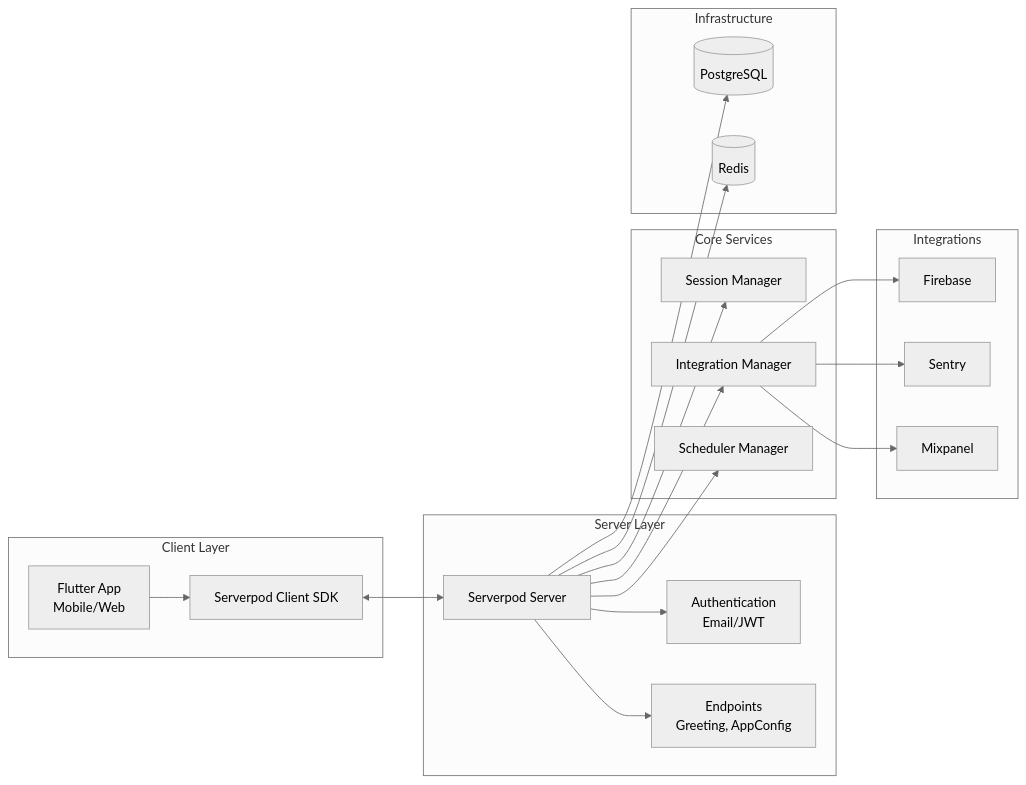
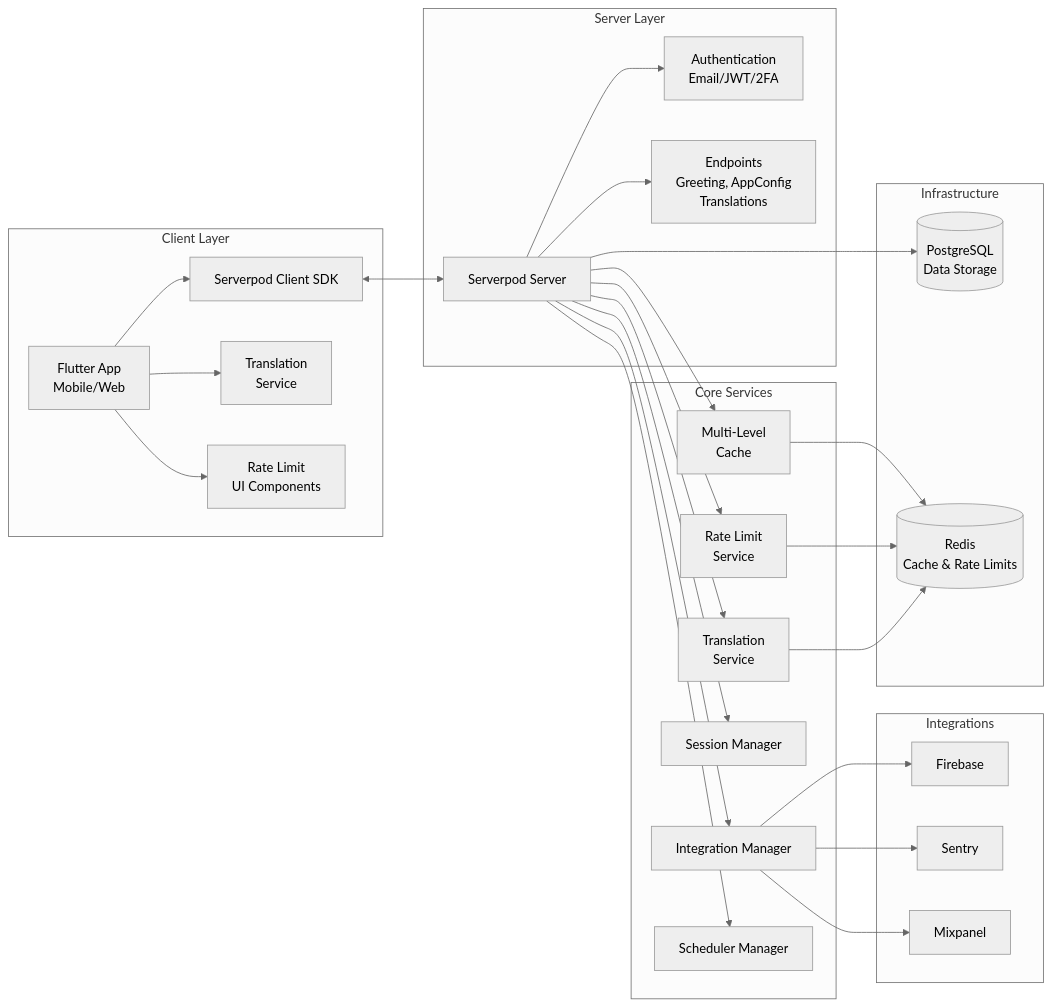
Before and after one commit to gurkanfikretgunak/masterfabric_serverpod: the second of 13 diagrams in README.md, drawn with Mermaid (neutral theme). The commit also changed other lines of this file and 2 other files, not shown here.

Commit message:
feat(docs): update README to include new features such as rate limiting, multi-level caching, internationalization, and modern error handling; enhance project structure and quick start instructions

````diff
--- a/README.md
+++ b/README.md
@@ -56,43 +68,55 @@
 ```mermaid
 graph LR
     subgraph "Client Layer"
         FlutterApp[Flutter App<br/>Mobile/Web]
         ClientSDK[Serverpod Client SDK]
+        i18nClient[Translation<br/>Service]
+        RateLimitUI[Rate Limit<br/>UI Components]
     end
     
     subgraph "Server Layer"
         ServerpodServer[Serverpod Server]
-        Auth[Authentication<br/>Email/JWT]
-        Endpoints[Endpoints<br/>Greeting, AppConfig]
+        Auth[Authentication<br/>Email/JWT/2FA]
+        Endpoints[Endpoints<br/>Greeting, AppConfig<br/>Translations]
     end
     
     subgraph "Core Services"
+        RateLimitSvc[Rate Limit<br/>Service]
+        TranslationSvc[Translation<br/>Service]
+        CacheSvc[Multi-Level<br/>Cache]
         SessionMgr[Session Manager]
         IntMgr[Integration Manager]
         Scheduler[Scheduler Manager]
     end
     
     subgraph "Integrations"
         Firebase[Firebase]
         Sentry[Sentry]
         Mixpanel[Mixpanel]
     end
     
     subgraph "Infrastructure"
-        PostgreSQL[(PostgreSQL)]
-        Redis[(Redis)]
+        PostgreSQL[(PostgreSQL<br/>Data Storage)]
+        Redis[(Redis<br/>Cache & Rate Limits)]
     end
     
     FlutterApp --> ClientSDK
+    FlutterApp --> i18nClient
+    FlutterApp --> RateLimitUI
     ClientSDK <--> ServerpodServer
     ServerpodServer --> Auth
     ServerpodServer --> Endpoints
+    ServerpodServer --> RateLimitSvc
+    ServerpodServer --> TranslationSvc
+    ServerpodServer --> CacheSvc
     ServerpodServer --> SessionMgr
     ServerpodServer --> IntMgr
     ServerpodServer --> Scheduler
     IntMgr --> Firebase
     IntMgr --> Sentry
     IntMgr --> Mixpanel
     ServerpodServer --> PostgreSQL
-    ServerpodServer --> Redis
+    CacheSvc --> Redis
+    RateLimitSvc --> Redis
+    TranslationSvc --> Redis
 ```
````
